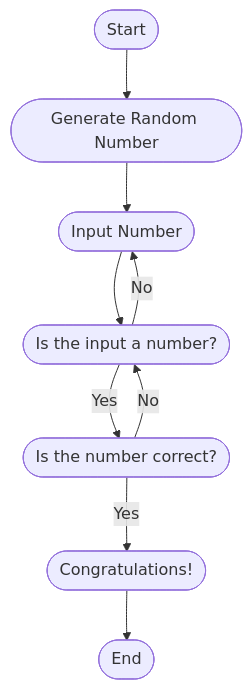
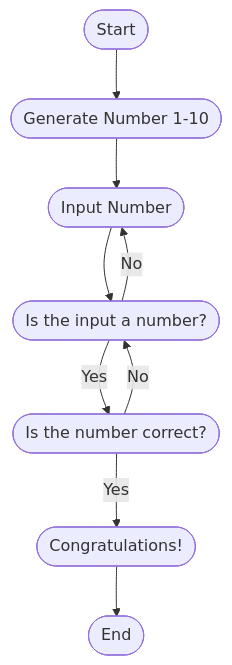
One commit to Wil134/Wil134.github.io changed the diagram in Guessing.md. Above: the diagram before and after it, drawn with Mermaid.

````diff
--- a/Guessing.md
+++ b/Guessing.md
@@ -2,11 +2,11 @@
 ```mermaid
 flowchart TD;
-A([Start]) --> B([Generate Random Number])
+A([Start]) --> B([Generate Number 1-10])
 B --> C([Input Number])
 C --> D([Is the input a number?])
 D -- No --> C
 D -- Yes --> E([Is the number correct?])
 E -- No --> D
 E -- Yes --> F([Congratulations!])
 F --> G([End])
 ```
````
